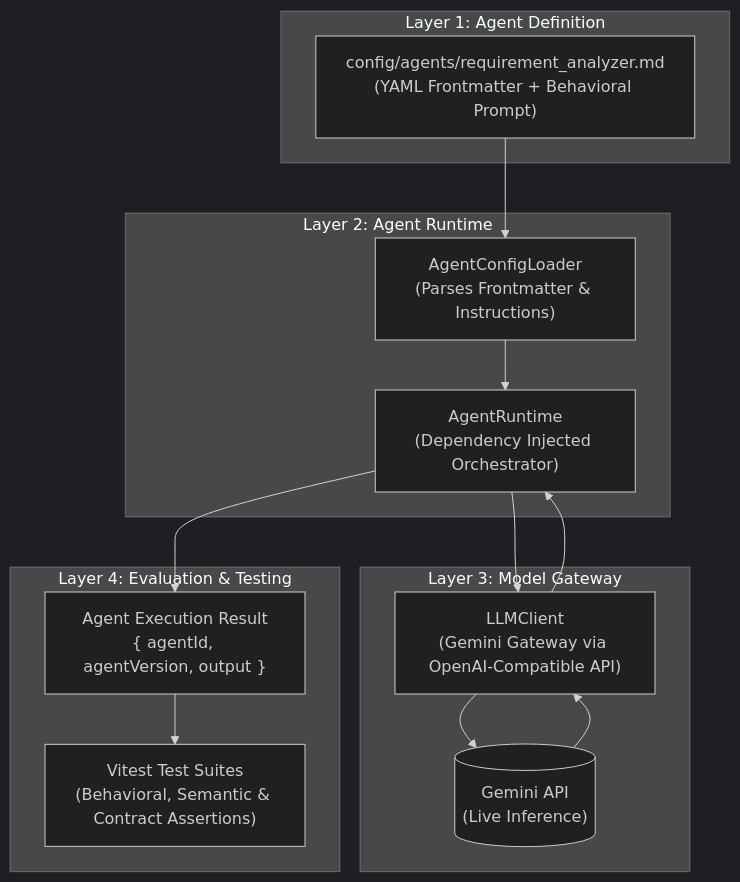
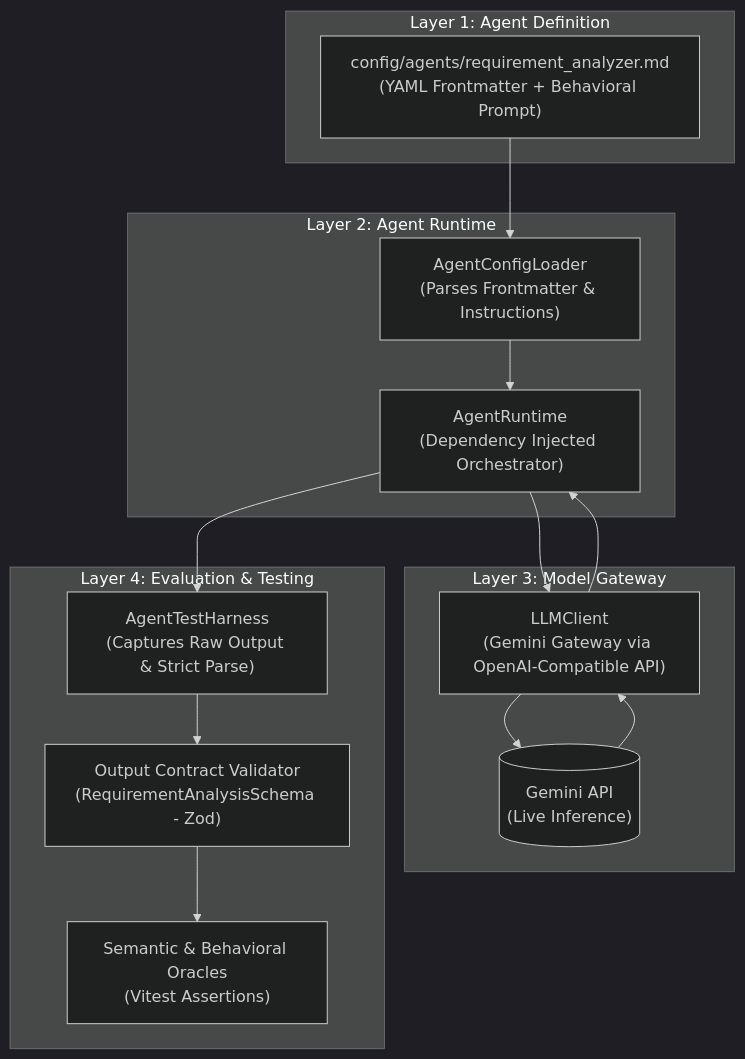
Before and after one commit to rajeshyemul/agent-testing-training: the diagram in README.md, drawn with Mermaid (dark theme). The commit also changed other lines of this file and 15 other files, not shown here.

Commit message:
feat: implement Stage 9 - Zod output contracts, test harness refactor, and contract violation test suite (TC011-TC016)

````diff
--- a/README.md
+++ b/README.md
@@ -13,30 +13,32 @@
 ```mermaid
 flowchart TD
     subgraph Layer 1: Agent Definition
         MD["config/agents/requirement_analyzer.md\n(YAML Frontmatter + Behavioral Prompt)"]
     end
 
     subgraph Layer 2: Agent Runtime
         Loader["AgentConfigLoader\n(Parses Frontmatter & Instructions)"]
         Runtime["AgentRuntime\n(Dependency Injected Orchestrator)"]
     end
 
     subgraph Layer 3: Model Gateway
         LLM["LLMClient\n(Gemini Gateway via OpenAI-Compatible API)"]
         API[("Gemini API\n(Live Inference)")]
     end
 
     subgraph Layer 4: Evaluation & Testing
-        Vitest["Vitest Test Suites\n(Behavioral, Semantic & Contract Assertions)"]
-        Output["Agent Execution Result\n{ agentId, agentVersion, output }"]
+        Harness["AgentTestHarness\n(Captures Raw Output & Strict Parse)"]
+        Contract["Output Contract Validator\n(RequirementAnalysisSchema - Zod)"]
+        Oracle["Semantic & Behavioral Oracles\n(Vitest Assertions)"]
     end
 
     MD --> Loader
     Loader --> Runtime
     Runtime --> LLM
     LLM --> API
     API --> LLM
     LLM --> Runtime
-    Runtime --> Output
-    Output --> Vitest
+    Runtime --> Harness
+    Harness --> Contract
+    Contract --> Oracle
 ```
````
